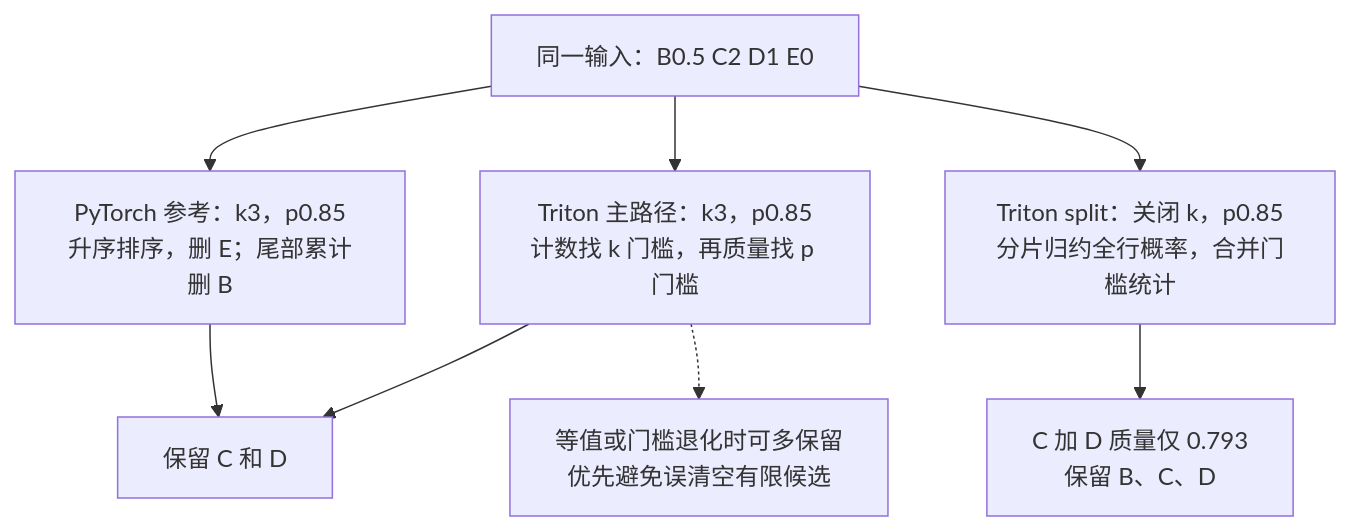
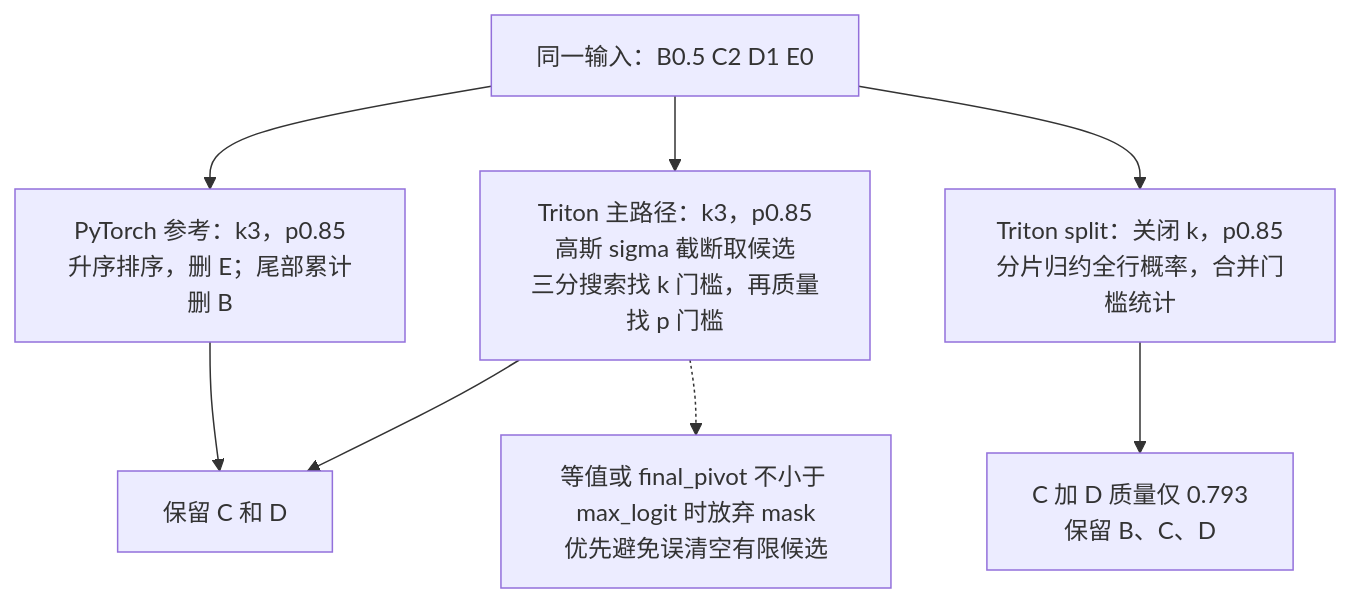
Before and after one commit to suhaibo666/llm-knowledge: the third of 6 diagrams in wiki/02_engineering/03_infer_frameworks/vllm/14_vllm_sampling_structured_output_analysis.md, drawn with Mermaid. The commit also changed other lines of this file and 89 other files, not shown here.

````diff
--- a/wiki/02_engineering/03_infer_frameworks/vllm/14_vllm_sampling_structured_output_analysis.md
+++ b/wiki/02_engineering/03_infer_frameworks/vllm/14_vllm_sampling_structured_output_analysis.md
@@ -106,10 +167,10 @@
 ```mermaid
 flowchart TB
     I["同一输入：B0.5 C2 D1 E0"] --> R["PyTorch 参考：k3，p0.85<br/>升序排序，删 E；尾部累计删 B"]
-    I --> T["Triton 主路径：k3，p0.85<br/>计数找 k 门槛，再质量找 p 门槛"]
+    I --> T["Triton 主路径：k3，p0.85<br/>高斯 sigma 截断取候选<br/>三分搜索找 k 门槛，再质量找 p 门槛"]
     R --> O["保留 C 和 D"]
     T --> O
     I --> P["Triton split：关闭 k，p0.85<br/>分片归约全行概率，合并门槛统计"]
     P --> Q["C 加 D 质量仅 0.793<br/>保留 B、C、D"]
-    T -.-> E["等值或门槛退化时可多保留<br/>优先避免误清空有限候选"]
+    T -.-> E["等值或 final_pivot 不小于 max_logit 时放弃 mask<br/>优先避免误清空有限候选"]
 ```
````
